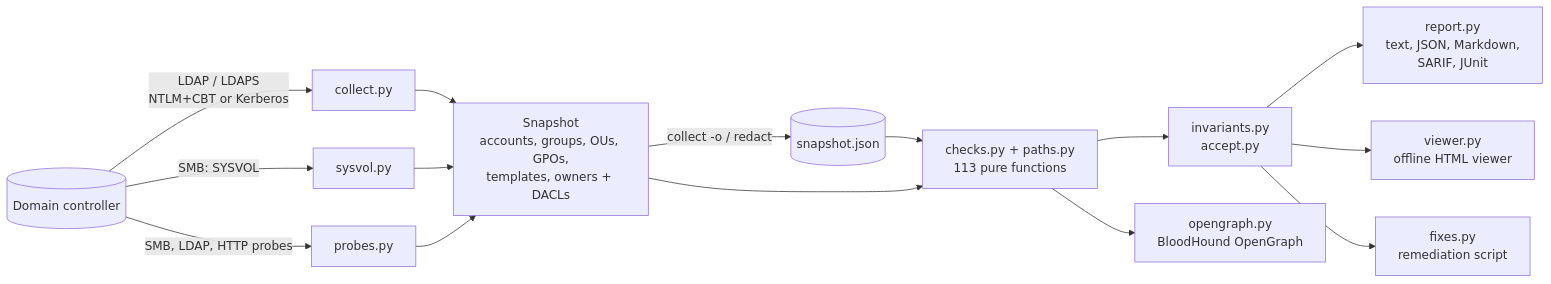
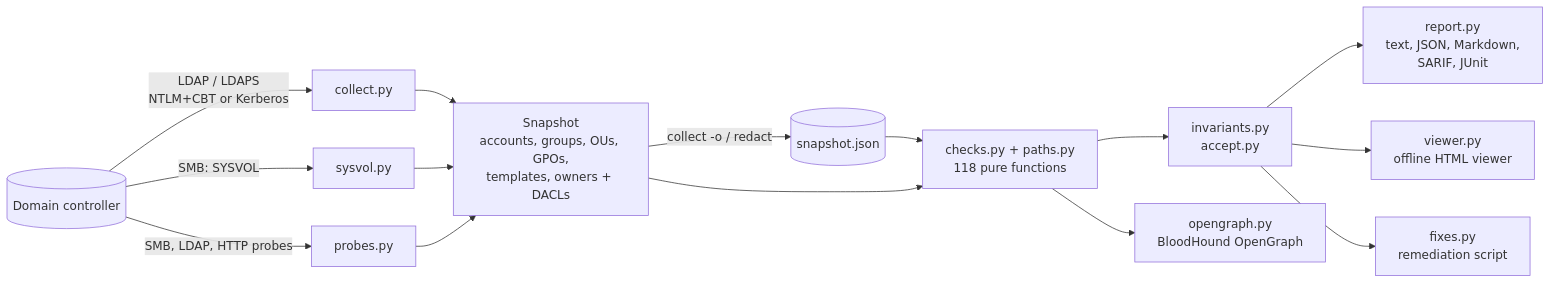
The diagram in README.md (brkozer/ad-doctor), drawn with Mermaid before and after one commit. The commit also changed other lines of this file and 18 other files, not shown here.

````diff
--- a/README.md
+++ b/README.md
@@ -456,17 +471,17 @@
 ```mermaid
 flowchart LR
     DC[(Domain controller)] -- "LDAP / LDAPS<br/>NTLM+CBT or Kerberos" --> C[collect.py]
     DC -- "SMB: SYSVOL" --> V[sysvol.py]
     DC -- "SMB, LDAP, HTTP probes" --> P[probes.py]
     C --> S[Snapshot<br/>accounts, groups, OUs, GPOs,<br/>templates, owners + DACLs]
     V --> S
     P --> S
     S -- "collect -o / redact" --> F[(snapshot.json)]
     F --> A
-    S --> A[checks.py + paths.py<br/>113 pure functions]
+    S --> A[checks.py + paths.py<br/>118 pure functions]
     A --> I[invariants.py<br/>accept.py]
     I --> R[report.py<br/>text, JSON, Markdown,<br/>SARIF, JUnit]
     I --> W[viewer.py<br/>offline HTML viewer]
     I --> X[fixes.py<br/>remediation script]
     A --> O[opengraph.py<br/>BloodHound OpenGraph]
 ```
````
